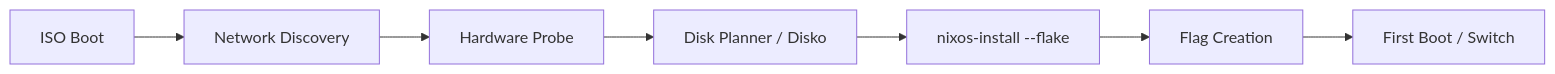
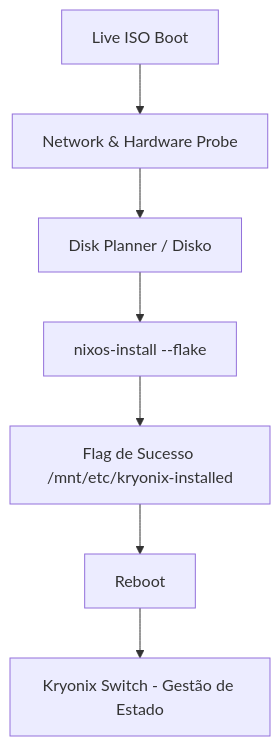
Before and after one commit to RAGton/dotfiles-NixOs: the diagram in README.md, drawn with Mermaid. The commit also changed other lines of this file and 2 other files, not shown here.

````diff
--- a/README.md
+++ b/README.md
@@ -23,9 +26,9 @@
 ```mermaid
-graph LR
-    A[ISO Boot] --> B[Network Discovery]
-    B --> C[Hardware Probe]
-    C --> D[Disk Planner / Disko]
-    D --> E[nixos-install --flake]
-    E --> F[Flag Creation]
-    F --> G[First Boot / Switch]
+graph TD
+    A[Live ISO Boot] --> B[Network & Hardware Probe]
+    B --> C[Disk Planner / Disko]
+    C --> D[nixos-install --flake]
+    D --> E[Flag de Sucesso /mnt/etc/kryonix-installed]
+    E --> F[Reboot]
+    F --> G[Kryonix Switch - Gestão de Estado]
 ```
````
